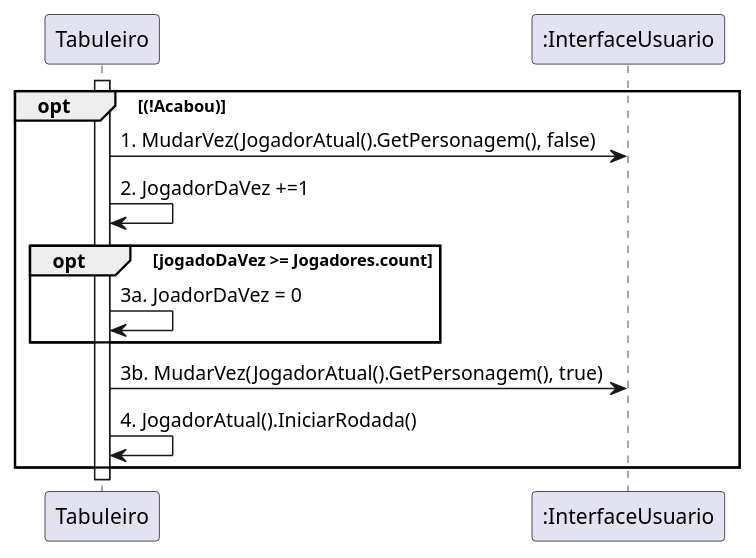
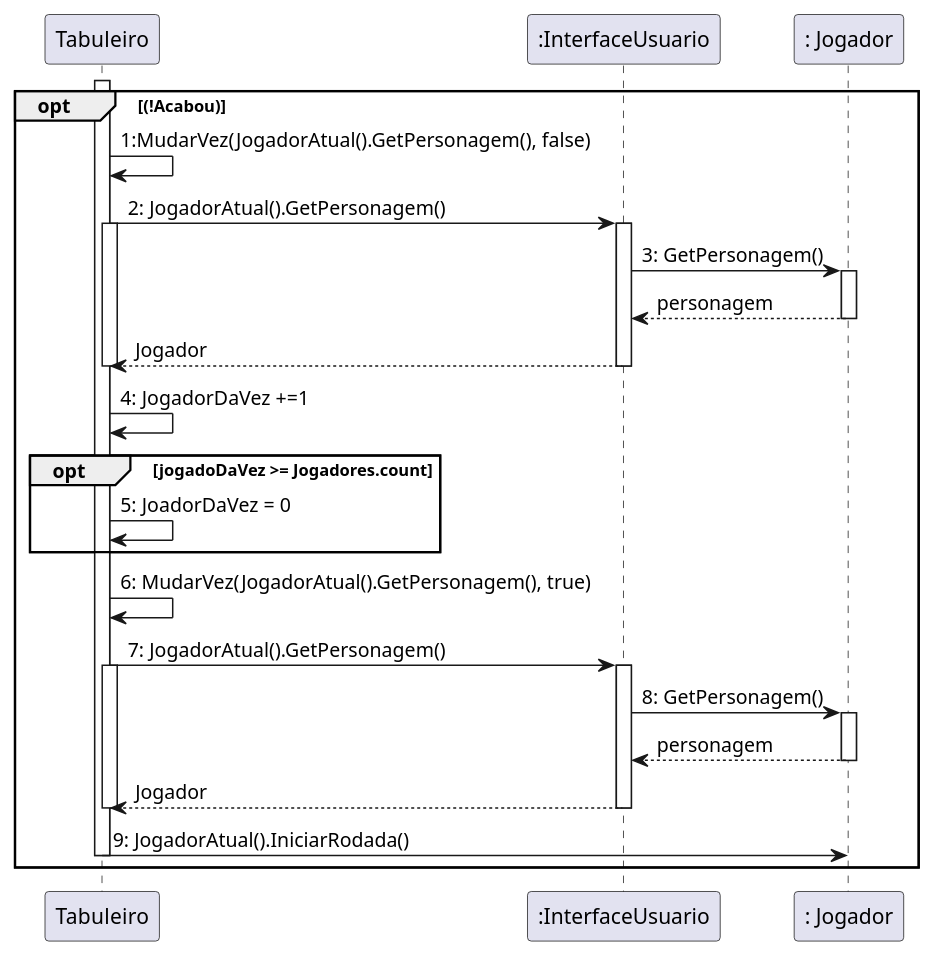
Before and after one commit to rogerpcto/ProjetoDeSoftware-UFF: the diagram in Documentação/diagrama-de-sequencia-proximo-jogador.plantuml, drawn with PlantUML.

Commit message:
diagrama de sequencia corrigido

```diff
--- a/Documentação/diagrama-de-sequencia-proximo-jogador.plantuml
+++ b/Documentação/diagrama-de-sequencia-proximo-jogador.plantuml
@@ -1,12 +1,33 @@
 @startuml
 opt (!Acabou)
 Activate Tabuleiro
-":Tabuleiro" as Tabuleiro -> ":InterfaceUsuario" as GUI : 1. MudarVez(JogadorAtual().GetPersonagem(), false)
-Tabuleiro -> Tabuleiro : 2. JogadorDaVez +=1
+": Tabuleiro" as  Tabuleiro->": Tabuleiro" as  Tabuleiro : 1:MudarVez(JogadorAtual().GetPersonagem(), false)
+Tabuleiro -> ":InterfaceUsuario" as GUI : 2: JogadorAtual().GetPersonagem()
+    activate Tabuleiro
+    activate GUI
+    GUI -> ": Jogador" as Jogador : 3: GetPersonagem()
+    activate Jogador
+    GUI <-- Jogador : personagem
+    deactivate Jogador
+    Tabuleiro <-- GUI : Jogador
+    deactivate GUI
+    deactivate Tabuleiro
+Tabuleiro -> Tabuleiro : 4: JogadorDaVez +=1
     opt jogadoDaVez >= Jogadores.count
-        Tabuleiro -> Tabuleiro : 3a. JoadorDaVez = 0
+        Tabuleiro -> Tabuleiro : 5: JoadorDaVez = 0
     end
-Tabuleiro -> GUI : 3b. MudarVez(JogadorAtual().GetPersonagem(), true)
-Tabuleiro -> Tabuleiro : 4. JogadorAtual().IniciarRodada()
+Tabuleiro -> Tabuleiro : 6: MudarVez(JogadorAtual().GetPersonagem(), true)
+    Tabuleiro -> GUI : 7: JogadorAtual().GetPersonagem()
+    activate Tabuleiro
+    activate GUI
+    GUI -> ": Jogador" as Jogador : 8: GetPersonagem()
+    activate Jogador
+    GUI <-- Jogador : personagem
+    deactivate Jogador
+    Tabuleiro <-- GUI : Jogador
+    deactivate GUI
+    deactivate Tabuleiro
+Tabuleiro -> Jogador : 9: JogadorAtual().IniciarRodada()
+deactivate Tabuleiro
 end
 @enduml
```
